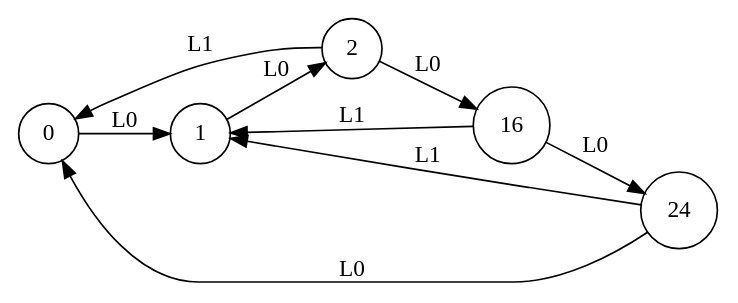
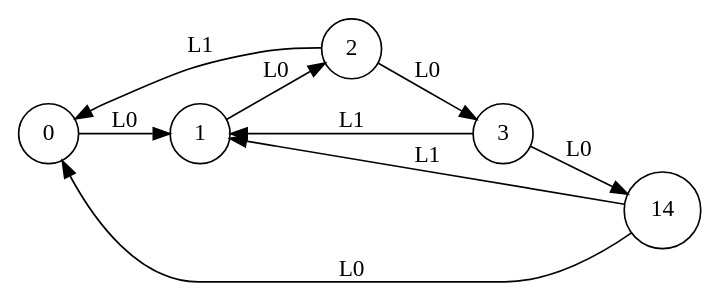
One commit to k85-ai/KB1 changed the diagram in learning_E0/learnt-automaton_5_2_2_8~3.dot. Above: the diagram before and after it, drawn with Graphviz. The commit also changed 808 other files, not shown here.

```diff
--- a/learning_E0/learnt-automaton_5_2_2_8~3.dot
+++ b/learning_E0/learnt-automaton_5_2_2_8~3.dot
@@ -1,16 +1,16 @@
 digraph learntMachine {
   rankdir=LR;
   0 [shape=circle, label="0"];
   1 [shape=circle, label="1"];
   2 [shape=circle, label="2"];
-  16 [shape=circle, label="16"];
-  24 [shape=circle, label="24"];
+  3 [shape=circle, label="3"];
+  14 [shape=circle, label="14"];
   0 -> 1 [label="L0"];
   1 -> 2 [label="L0"];
+  2 -> 3 [label="L0"];
+  3 -> 1 [label="L1"];
   2 -> 0 [label="L1"];
-  2 -> 16 [label="L0"];
-  16 -> 1 [label="L1"];
-  16 -> 24 [label="L0"];
-  24 -> 1 [label="L1"];
-  24 -> 0 [label="L0"];
+  3 -> 14 [label="L0"];
+  14 -> 1 [label="L1"];
+  14 -> 0 [label="L0"];
 }
```
